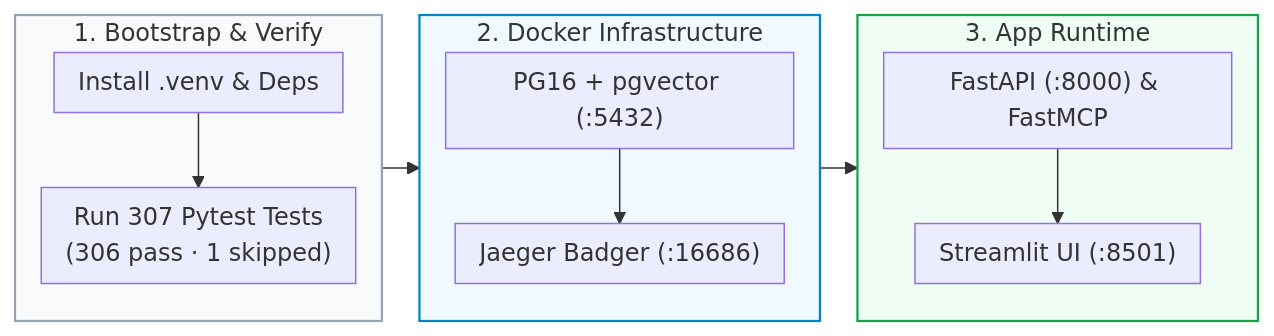
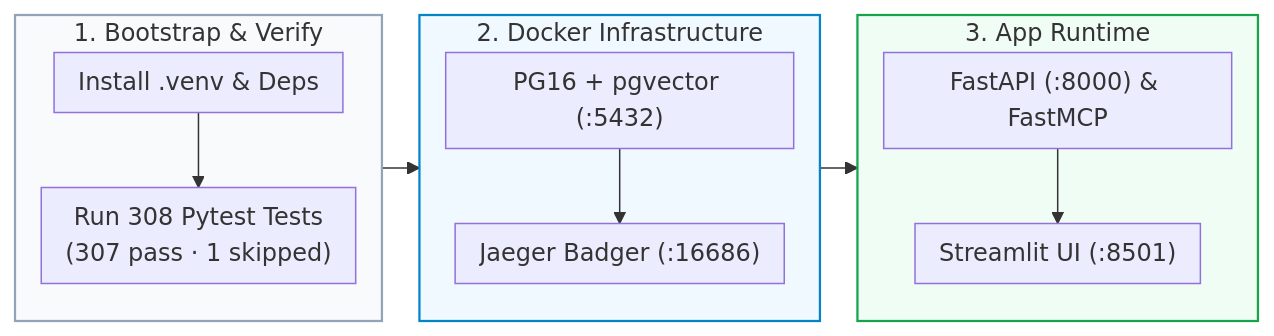
Before and after one commit to Kenono2000/enterprise-rag-pgvector-rbac: the third of 9 diagrams in README.md, drawn with Mermaid. The commit also changed other lines of this file and 5 other files, not shown here.

Commit message:
feat(auth): implement strict Pydantic v2 schema for user claims and enhance context assembly with attention optimization

````diff
--- a/README.md
+++ b/README.md
@@ -89,20 +89,20 @@
 ```mermaid
 %%{init: {'flowchart': {'nodeSpacing': 15, 'rankSpacing': 25, 'padding': 8}}}%%
 flowchart LR
     subgraph DevBootstrap ["1. Bootstrap & Verify"]
         direction TB
-        Venv["Install .venv & Deps"] --> Pytest["Run 307 Pytest Tests<br/>(306 pass · 1 skipped)"]
+        Venv["Install .venv & Deps"] --> Pytest["Run 308 Pytest Tests<br/>(307 pass · 1 skipped)"]
     end
     subgraph Containers ["2. Docker Infrastructure"]
         direction TB
         PG16["PG16 + pgvector (:5432)"] --> Jaeger["Jaeger Badger (:16686)"]
     end
     subgraph Services ["3. App Runtime"]
         direction TB
         FastAPI["FastAPI (:8000) & FastMCP"] --> Streamlit["Streamlit UI (:8501)"]
     end
     DevBootstrap --> Containers --> Services
     style DevBootstrap fill:#f8fafc,stroke:#94a3b8,stroke-width:1.5px
     style Containers fill:#f0f9ff,stroke:#0284c7,stroke-width:1.5px
     style Services fill:#f0fdf4,stroke:#16a34a,stroke-width:1.5px
 ```
````
